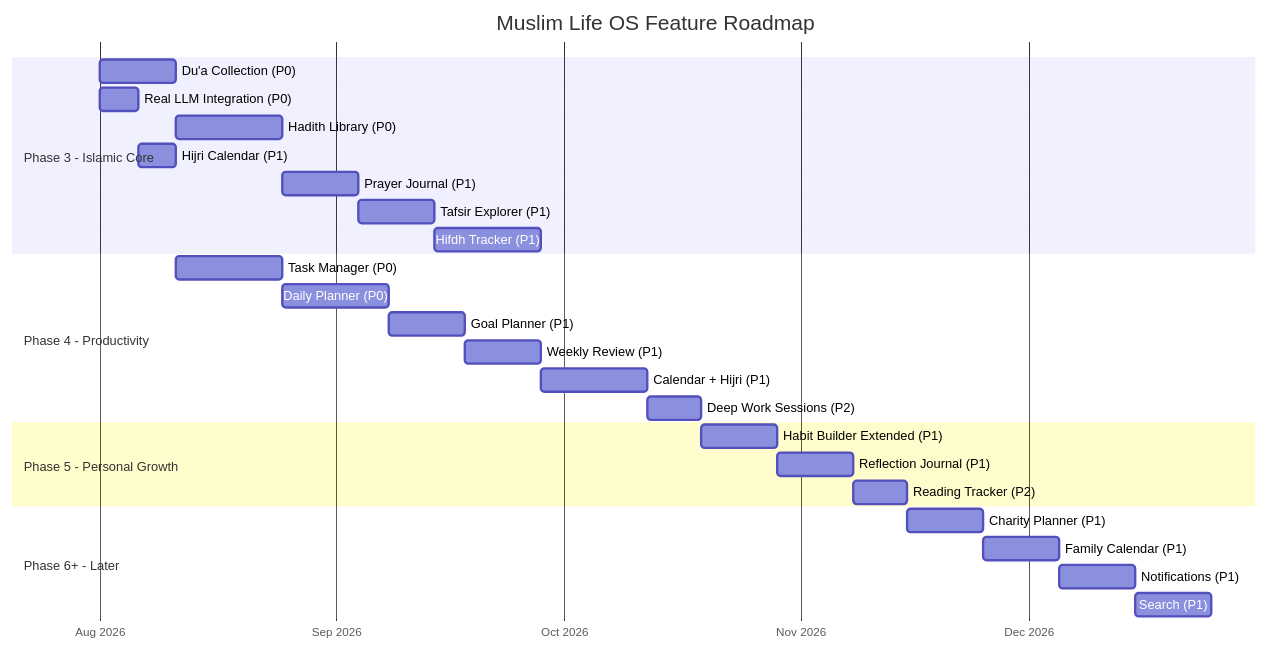
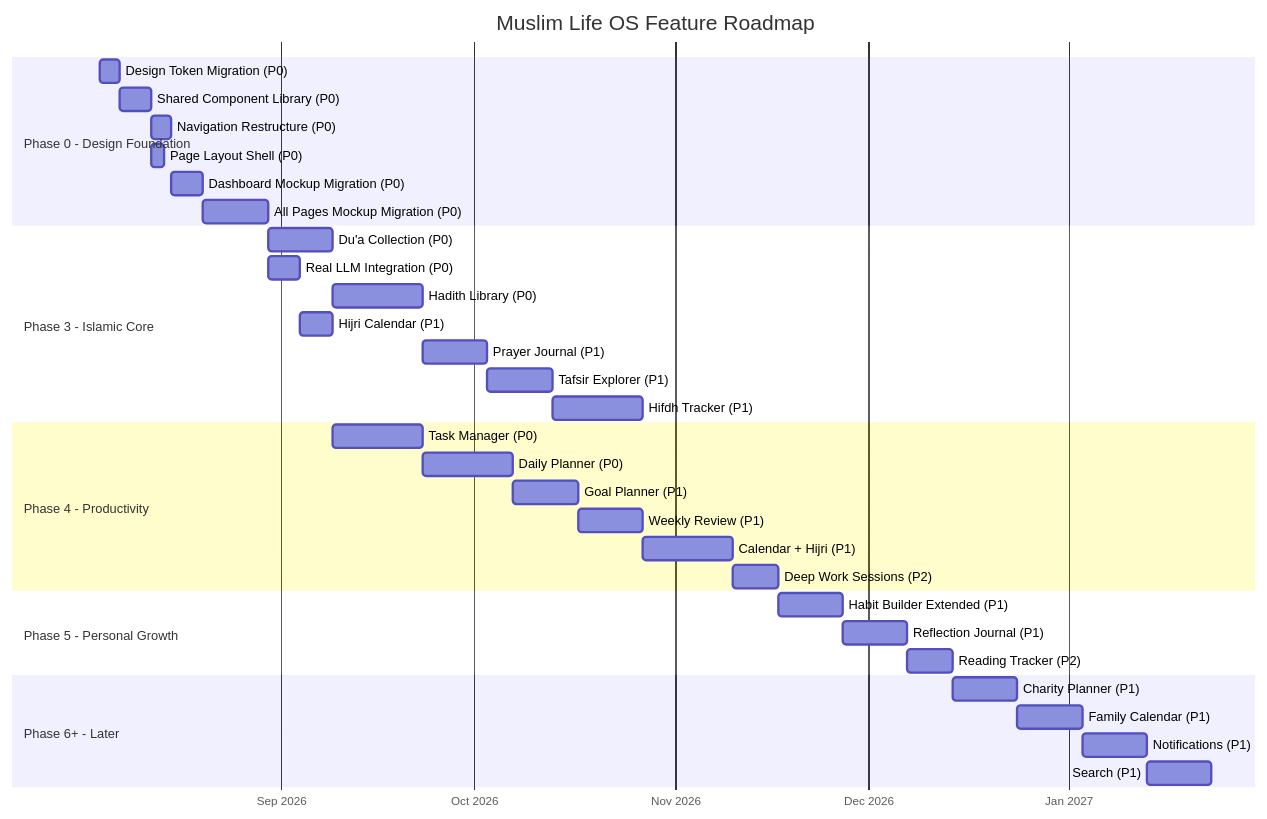
Before and after one commit to shahid-laskar/lifeos: the second of 2 diagrams in docs/implementation_plan_phase3.md, drawn with Mermaid. The commit also changed other lines of this file and 56 other files, not shown here.

````diff
--- a/docs/implementation_plan_phase3.md
+++ b/docs/implementation_plan_phase3.md
@@ -552,34 +1013,42 @@
 ```mermaid
 gantt
     title Muslim Life OS Feature Roadmap
     dateFormat  YYYY-MM-DD
     axisFormat  %b %Y
 
+    section Phase 0 - Design Foundation
+    Design Token Migration (P0)        :p0a, 2026-08-04, 3d
+    Shared Component Library (P0)      :p0b, after p0a, 5d
+    Navigation Restructure (P0)        :p0c, after p0b, 3d
+    Page Layout Shell (P0)             :p0d, after p0b, 2d
+    Dashboard Mockup Migration (P0)    :p0f, after p0c, 5d
+    All Pages Mockup Migration (P0)    :p0e, after p0f, 10d
+
     section Phase 3 - Islamic Core
-    Du'a Collection (P0)         :p3a, 2026-08-01, 10d
-    Real LLM Integration (P0)   :p10e, 2026-08-01, 5d
+    Du'a Collection (P0)         :p3a, after p0e, 10d
+    Real LLM Integration (P0)   :p10e, after p0e, 5d
     Hadith Library (P0)          :p3b, after p3a, 14d
     Hijri Calendar (P1)          :cc3, after p10e, 5d
     Prayer Journal (P1)          :p3c, after p3b, 10d
     Tafsir Explorer (P1)         :p3e, after p3c, 10d
     Hifdh Tracker (P1)           :p3d, after p3e, 14d
 
     section Phase 4 - Productivity
     Task Manager (P0)            :p4b, after cc3, 14d
     Daily Planner (P0)           :p4a, after p4b, 14d
     Goal Planner (P1)            :p4c, after p4a, 10d
     Weekly Review (P1)           :p4e, after p4c, 10d
     Calendar + Hijri (P1)        :p4d, after p4e, 14d
     Deep Work Sessions (P2)      :p4f, after p4d, 7d
 
     section Phase 5 - Personal Growth
     Habit Builder Extended (P1)  :p5a, after p4f, 10d
     Reflection Journal (P1)     :p5b, after p5a, 10d
     Reading Tracker (P2)         :p5c, after p5b, 7d
 
     section Phase 6+ - Later
     Charity Planner (P1)         :p8a, after p5c, 10d
     Family Calendar (P1)         :p6a, after p8a, 10d
     Notifications (P1)           :cc1, after p6a, 10d
     Search (P1)                  :cc2, after cc1, 10d
 ```
````
